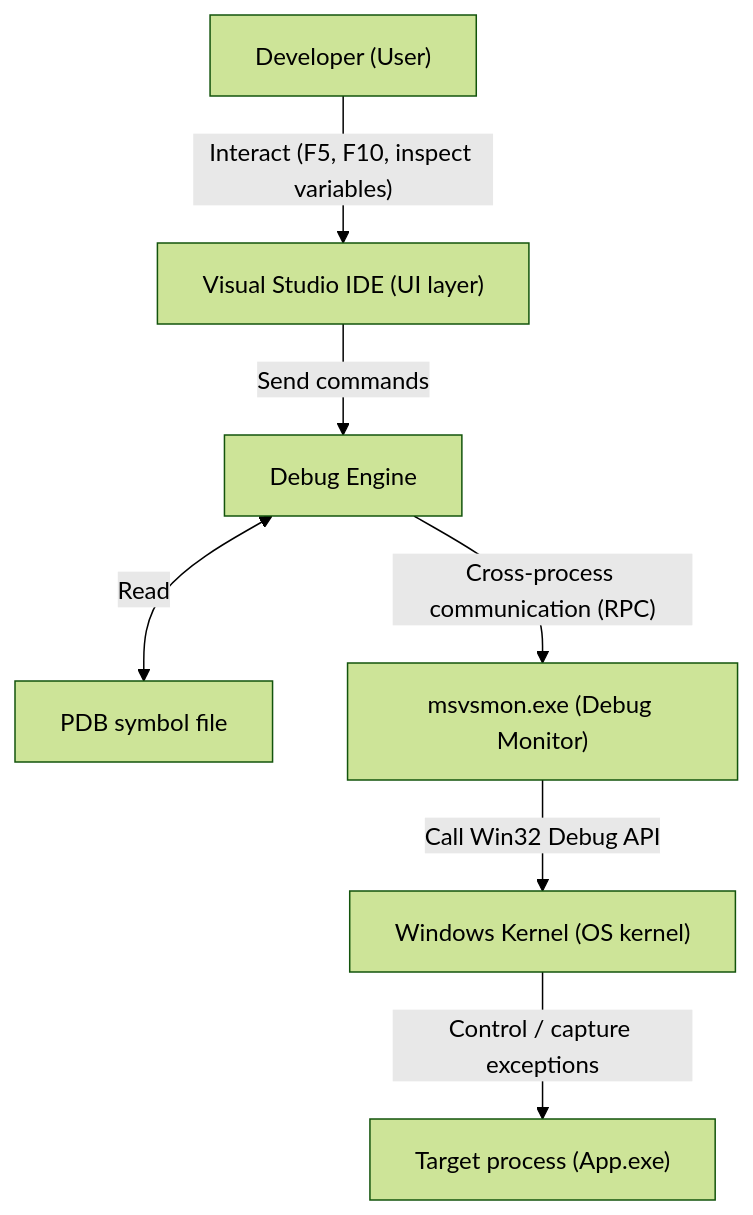
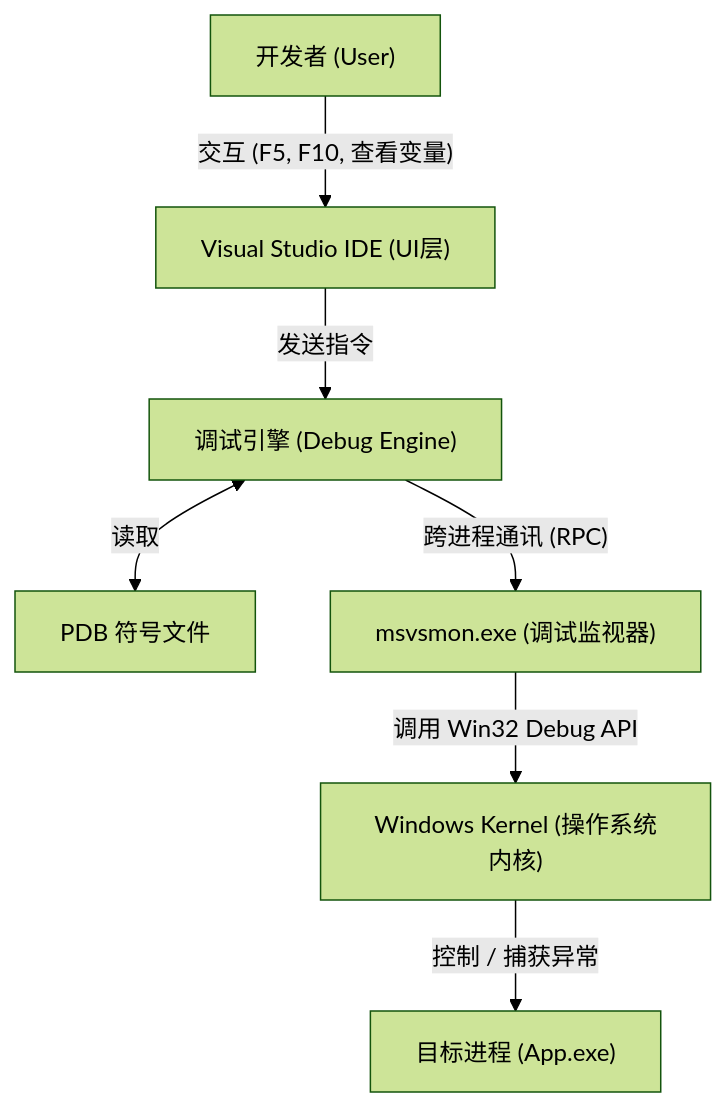
One commit to Awesome-Embedded-Learning-Studio/Tutorial_AwesomeModernCPP changed the diagram in documents/en/vol7-engineering/msvc-debugging-internals.md. Above: the diagram before and after it, drawn with Mermaid (forest theme). The commit also changed other lines of this file and 749 other files, not shown here.

````diff
--- a/documents/en/vol7-engineering/msvc-debugging-internals.md
+++ b/documents/en/vol7-engineering/msvc-debugging-internals.md
@@ -87,9 +87,9 @@
 ```mermaid
 flowchart TD
-    A["Developer (User)"] -->|"Interact (F5, F10, inspect variables)"| B["Visual Studio IDE (UI layer)"]
-    B -->|"Send commands"| C["Debug Engine"]
-    C <-->|"Read"| D["PDB symbol file"]
-    C -->|"Cross-process communication (RPC)"| E["msvsmon.exe (Debug Monitor)"]
-    E -->|"Call Win32 Debug API"| F["Windows Kernel (OS kernel)"]
-    F -->|"Control / capture exceptions"| G["Target process (App.exe)"]
+    A["开发者 (User)"] -->|"交互 (F5, F10, 查看变量)"| B["Visual Studio IDE (UI层)"]
+    B -->|"发送指令"| C["调试引擎 (Debug Engine)"]
+    C <-->|"读取"| D["PDB 符号文件"]
+    C -->|"跨进程通讯 (RPC)"| E["msvsmon.exe (调试监视器)"]
+    E -->|"调用 Win32 Debug API"| F["Windows Kernel (操作系统内核)"]
+    F -->|"控制 / 捕获异常"| G["目标进程 (App.exe)"]
 ```
````
